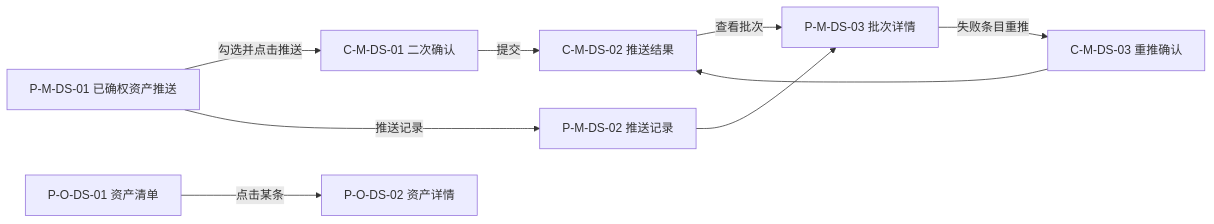
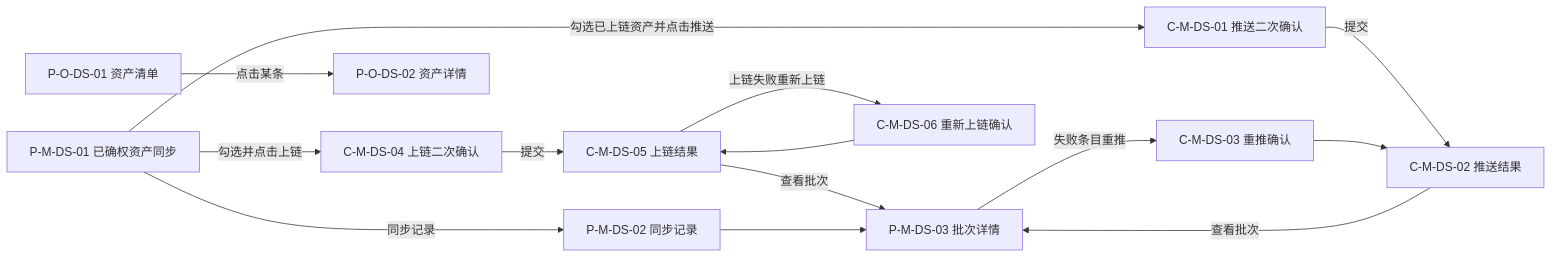
Before and after one commit to wxblockchain/Chain-Financing: the second of 2 diagrams in asset-platform/prd/v1.0-可信数据同步/v1.0-可信数据同步-PRD.md, drawn with Mermaid. The commit also changed other lines of this file and 4 other files, not shown here.

````diff
--- a/asset-platform/prd/v1.0-可信数据同步/v1.0-可信数据同步-PRD.md
+++ b/asset-platform/prd/v1.0-可信数据同步/v1.0-可信数据同步-PRD.md
@@ -216,11 +243,16 @@
 ```mermaid
 flowchart LR
-    A[P-M-DS-01 已确权资产推送] -->|勾选并点击推送| B[C-M-DS-01 二次确认]
+    A[P-M-DS-01 已确权资产同步] -->|勾选并点击上链| J[C-M-DS-04 上链二次确认]
+    J -->|提交| K[C-M-DS-05 上链结果]
+    K -->|查看批次| D
+    K -->|上链失败重新上链| L[C-M-DS-06 重新上链确认]
+    L --> K
+    A -->|勾选已上链资产并点击推送| B[C-M-DS-01 推送二次确认]
     B -->|提交| C[C-M-DS-02 推送结果]
     C -->|查看批次| D[P-M-DS-03 批次详情]
-    A -->|推送记录| E[P-M-DS-02 推送记录]
+    A -->|同步记录| E[P-M-DS-02 同步记录]
     E --> D
     D -->|失败条目重推| F[C-M-DS-03 重推确认]
     F --> C
     G[P-O-DS-01 资产清单] -->|点击某条| H[P-O-DS-02 资产详情]
 ```
````
